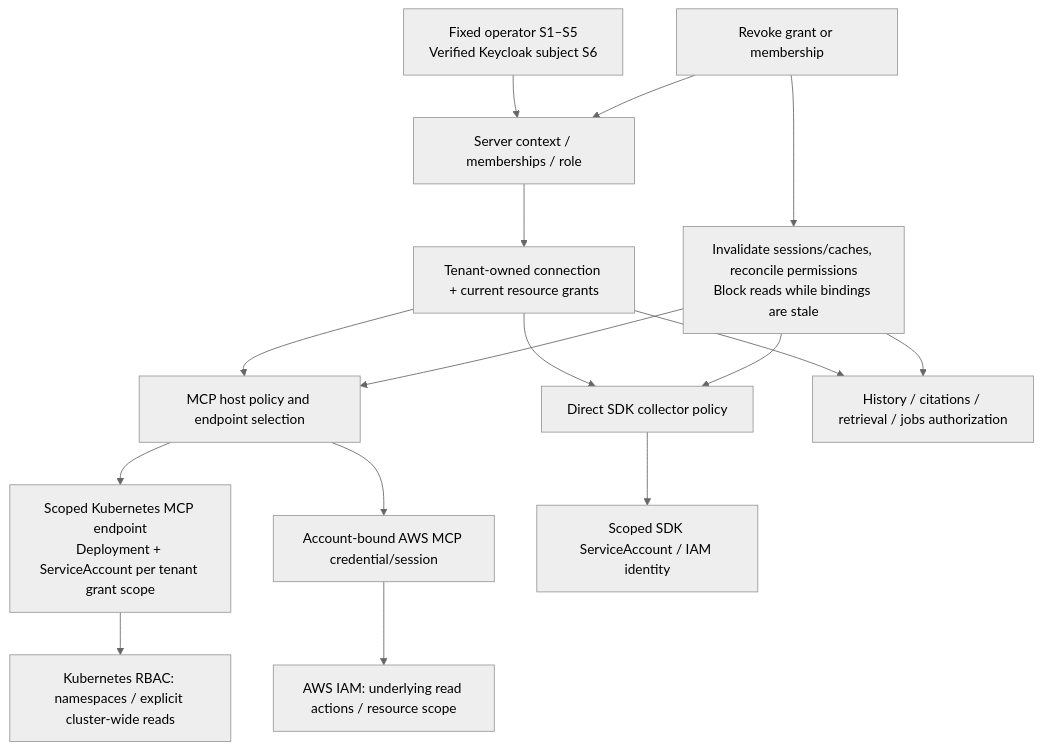
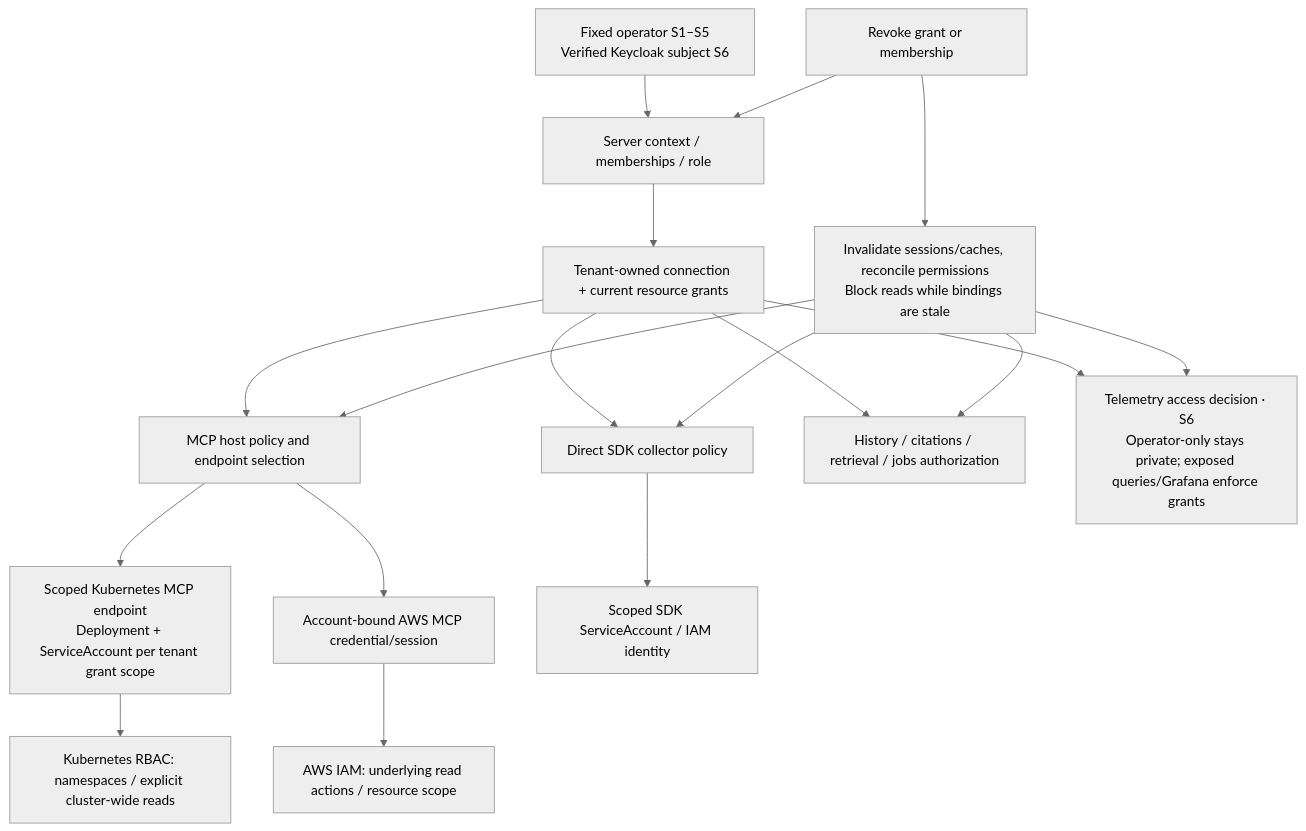
One commit to darshan-raul/vyom changed the sixth of 8 diagrams in docs/ARCHITECTURE.md. Above: the diagram before and after it, drawn with Mermaid (neutral theme). The commit also changed other lines of this file and 25 other files, not shown here.

Commit message:
docs: add S1 observability plan and deployment architecture

````diff
--- a/docs/ARCHITECTURE.md
+++ b/docs/ARCHITECTURE.md
@@ -210,18 +238,20 @@
 ```mermaid
 flowchart TD
     principal[Fixed operator S1–S5<br/>Verified Keycloak subject S6] --> resolver[Server context / memberships / role]
     resolver --> grants[Tenant-owned connection + current resource grants]
     grants --> host[MCP host policy and endpoint selection]
     grants --> direct[Direct SDK collector policy]
     host --> kscope[Scoped Kubernetes MCP endpoint<br/>Deployment + ServiceAccount per tenant grant scope]
     host --> awscope[Account-bound AWS MCP credential/session]
     kscope --> rbac[Kubernetes RBAC: namespaces / explicit cluster-wide reads]
     awscope --> iam[AWS IAM: underlying read actions / resource scope]
     direct --> provider[Scoped SDK ServiceAccount / IAM identity]
     grants --> history[History / citations / retrieval / jobs authorization]
     revoke[Revoke grant or membership] --> resolver
     revoke --> invalidate[Invalidate sessions/caches, reconcile permissions<br/>Block reads while bindings are stale]
     invalidate --> host
     invalidate --> direct
     invalidate --> history
+    grants --> telemetry[Telemetry access decision · S6<br/>Operator-only stays private; exposed queries/Grafana enforce grants]
+    invalidate --> telemetry
 ```
````
